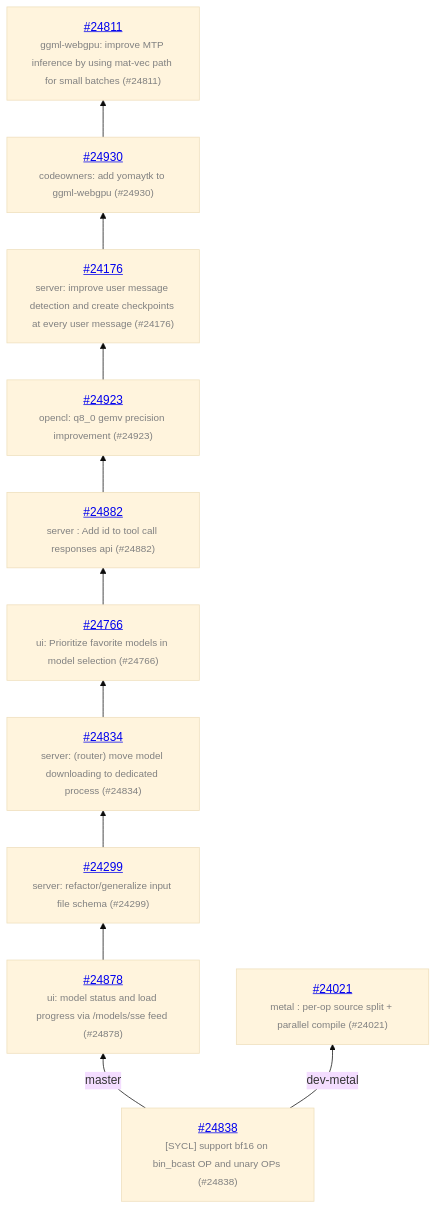
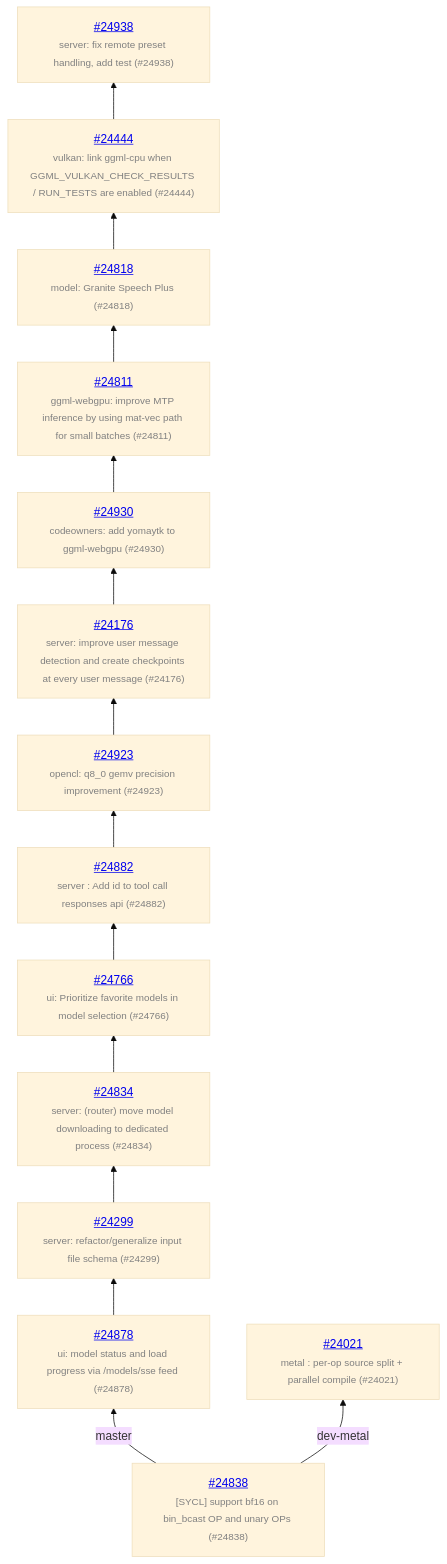
One commit to ggml-org/llama.cpp-dev changed the diagram in README.md. Above: the diagram before and after it, drawn with Mermaid (base theme). The commit also changed other lines of this file and 1 other file, not shown here.

Commit message:
auto: update

````diff
--- a/README.md
+++ b/README.md
@@ -13,24 +13,30 @@
 ```mermaid
 graph BT
     COMMON["<a href='https://github.com/ggml-org/llama.cpp/pull/24838'>#24838</a><br/><span style='font-size:smaller;color:gray'>[SYCL] support bf16 on bin_bcast OP and unary OPs (#24838)</span>"]
     COMMON -->|master| C_099b579
     C_099b579["<a href='https://github.com/ggml-org/llama.cpp/pull/24878'>#24878</a><br/><span style='font-size:smaller;color:gray'>ui: model status and load progress via /models/sse feed (#24878)</span>"]
     C_099b579 --> C_6ee0f65
     C_6ee0f65["<a href='https://github.com/ggml-org/llama.cpp/pull/24299'>#24299</a><br/><span style='font-size:smaller;color:gray'>server: refactor/generalize input file schema (#24299)</span>"]
     C_6ee0f65 --> C_721354f
     C_721354f["<a href='https://github.com/ggml-org/llama.cpp/pull/24834'>#24834</a><br/><span style='font-size:smaller;color:gray'>server: (router) move model downloading to dedicated process (#24834)</span>"]
     C_721354f --> C_9c0ac88
     C_9c0ac88["<a href='https://github.com/ggml-org/llama.cpp/pull/24766'>#24766</a><br/><span style='font-size:smaller;color:gray'>ui: Prioritize favorite models in model selection (#24766)</span>"]
     C_9c0ac88 --> C_dec5ca5
     C_dec5ca5["<a href='https://github.com/ggml-org/llama.cpp/pull/24882'>#24882</a><br/><span style='font-size:smaller;color:gray'>server : Add id to tool call responses api (#24882)</span>"]
     C_dec5ca5 --> C_23ee879
     C_23ee879["<a href='https://github.com/ggml-org/llama.cpp/pull/24923'>#24923</a><br/><span style='font-size:smaller;color:gray'>opencl: q8_0 gemv precision improvement (#24923)</span>"]
     C_23ee879 --> C_73618f2
     C_73618f2["<a href='https://github.com/ggml-org/llama.cpp/pull/24176'>#24176</a><br/><span style='font-size:smaller;color:gray'>server: improve user message detection and create checkpoints at every user message (#24176)</span>"]
     C_73618f2 --> C_035cd8f
     C_035cd8f["<a href='https://github.com/ggml-org/llama.cpp/pull/24930'>#24930</a><br/><span style='font-size:smaller;color:gray'>codeowners: add yomaytk to ggml-webgpu (#24930)</span>"]
     C_035cd8f --> C_7c90850
     C_7c90850["<a href='https://github.com/ggml-org/llama.cpp/pull/24811'>#24811</a><br/><span style='font-size:smaller;color:gray'>ggml-webgpu: improve MTP inference by using mat-vec path for small batches (#24811)</span>"]
+    C_7c90850 --> C_a3900a6
+    C_a3900a6["<a href='https://github.com/ggml-org/llama.cpp/pull/24818'>#24818</a><br/><span style='font-size:smaller;color:gray'>model: Granite Speech Plus (#24818)</span>"]
+    C_a3900a6 --> C_c926ad0
+    C_c926ad0["<a href='https://github.com/ggml-org/llama.cpp/pull/24444'>#24444</a><br/><span style='font-size:smaller;color:gray'>vulkan: link ggml-cpu when GGML_VULKAN_CHECK_RESULTS / RUN_TESTS are enabled (#24444)</span>"]
+    C_c926ad0 --> C_75ad0b2
+    C_75ad0b2["<a href='https://github.com/ggml-org/llama.cpp/pull/24938'>#24938</a><br/><span style='font-size:smaller;color:gray'>server: fix remote preset handling, add test (#24938)</span>"]
     COMMON -->|dev-metal| C_bec3083
     C_bec3083["<a href='https://github.com/ggml-org/llama.cpp/pull/24021'>#24021</a><br/><span style='font-size:smaller;color:gray'>metal : per-op source split + parallel compile (#24021)</span>"]
 ```
````
